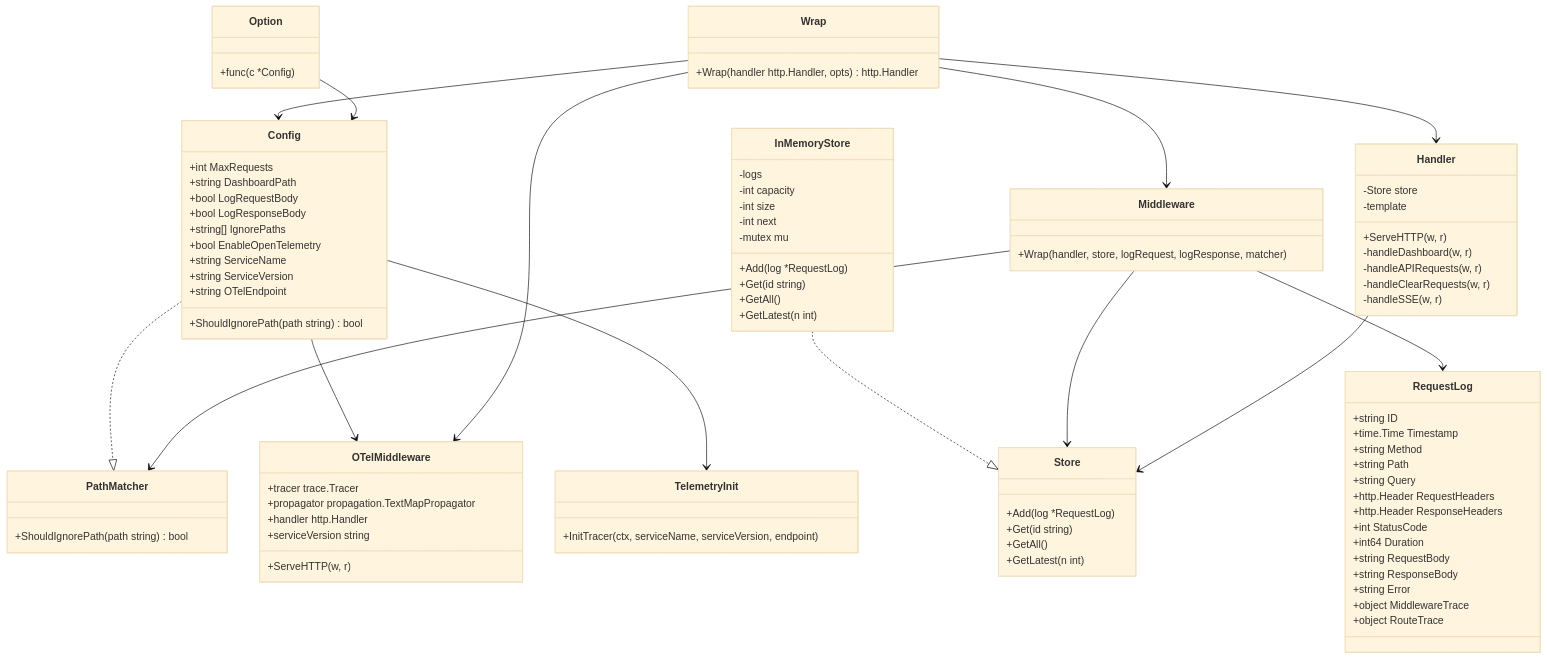
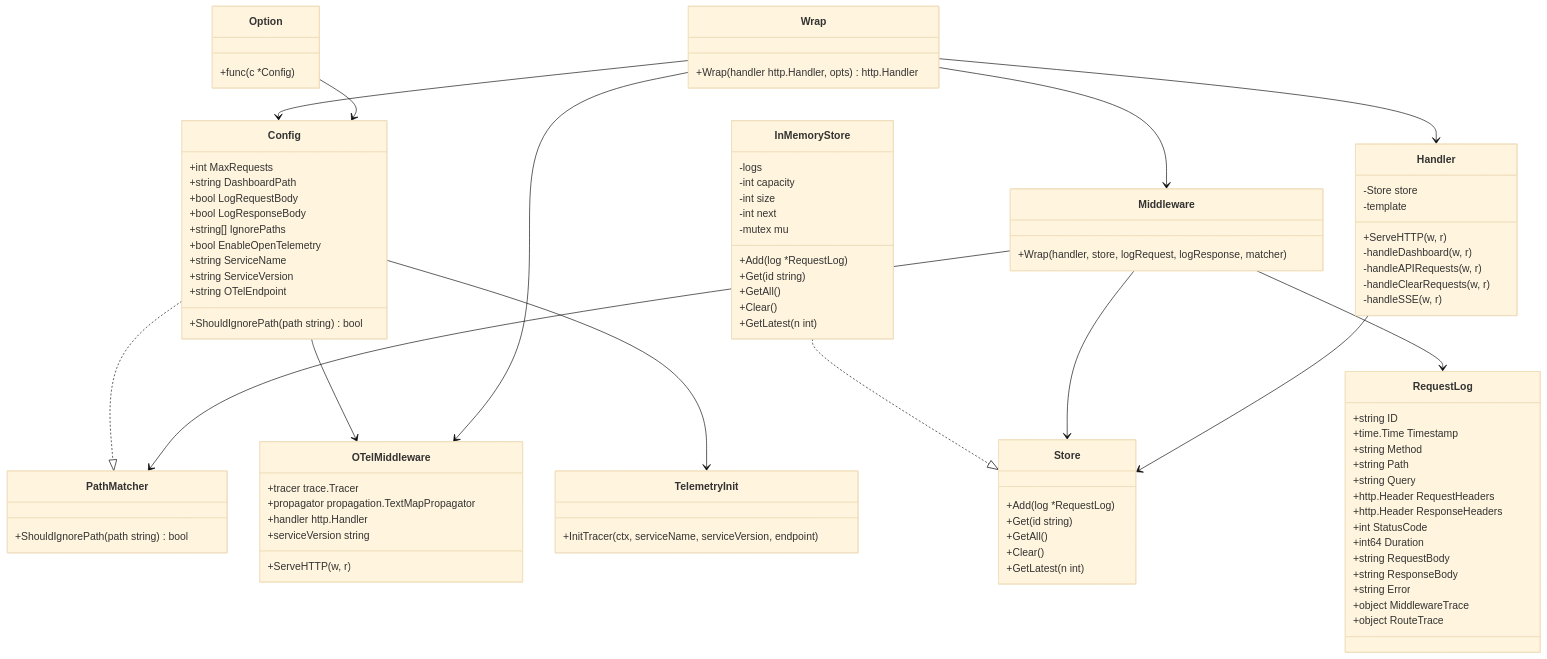
The second of 2 diagrams in docs/LOGIC.md (doganarif/GoVisual), drawn with Mermaid (base theme) before and after one commit.

Commit message:
Add docs of the new 'Clear' method of store interface

```diff
--- a/docs/LOGIC.md
+++ b/docs/LOGIC.md
@@ -139,6 +139,7 @@
         +Add(log *RequestLog)
         +Get(id string)
         +GetAll()
+        +Clear()
         +GetLatest(n int)
     }
 
@@ -151,6 +152,7 @@
         +Add(log *RequestLog)
         +Get(id string)
         +GetAll()
+        +Clear()
         +GetLatest(n int)
     }
 
```
